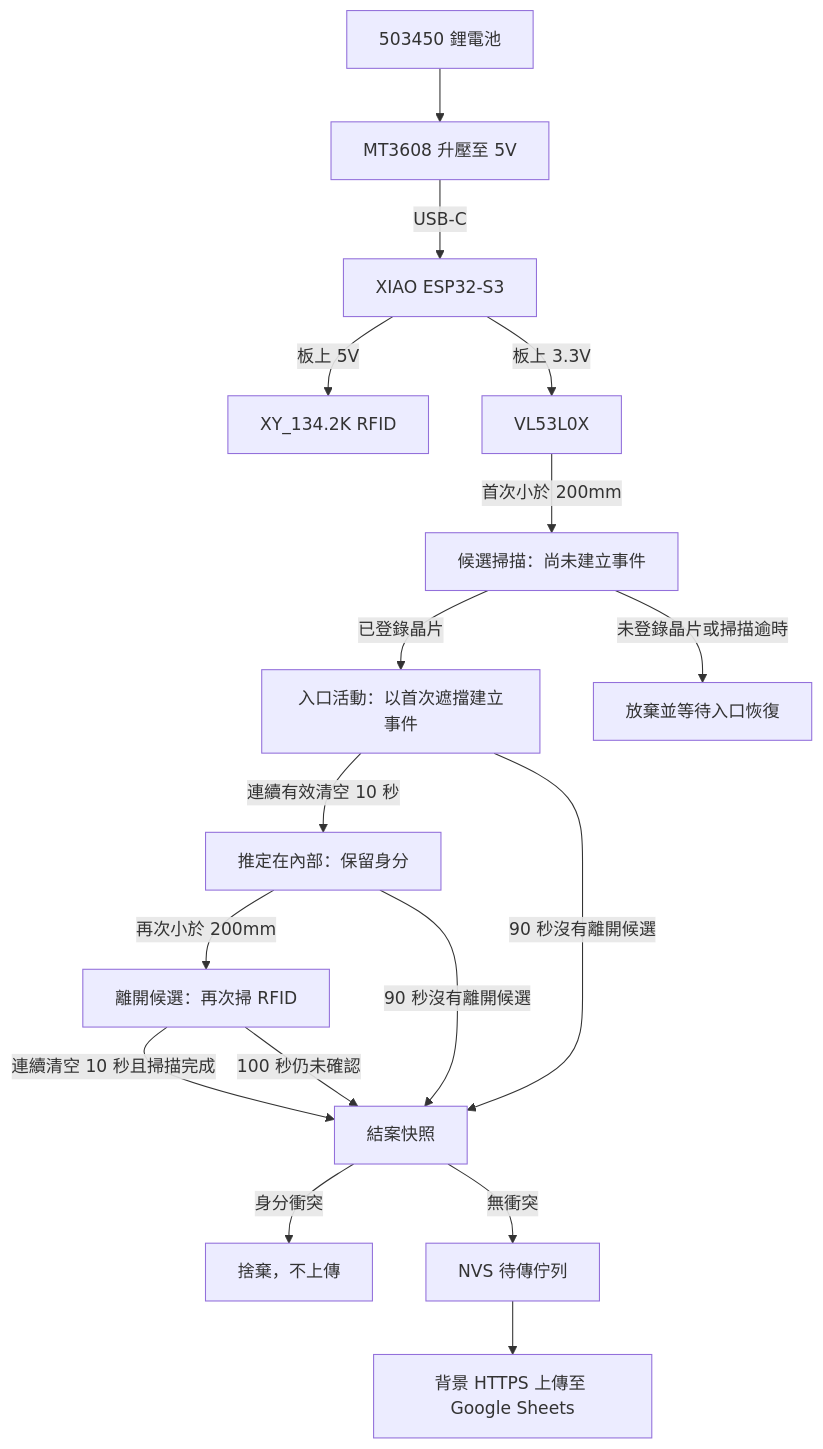
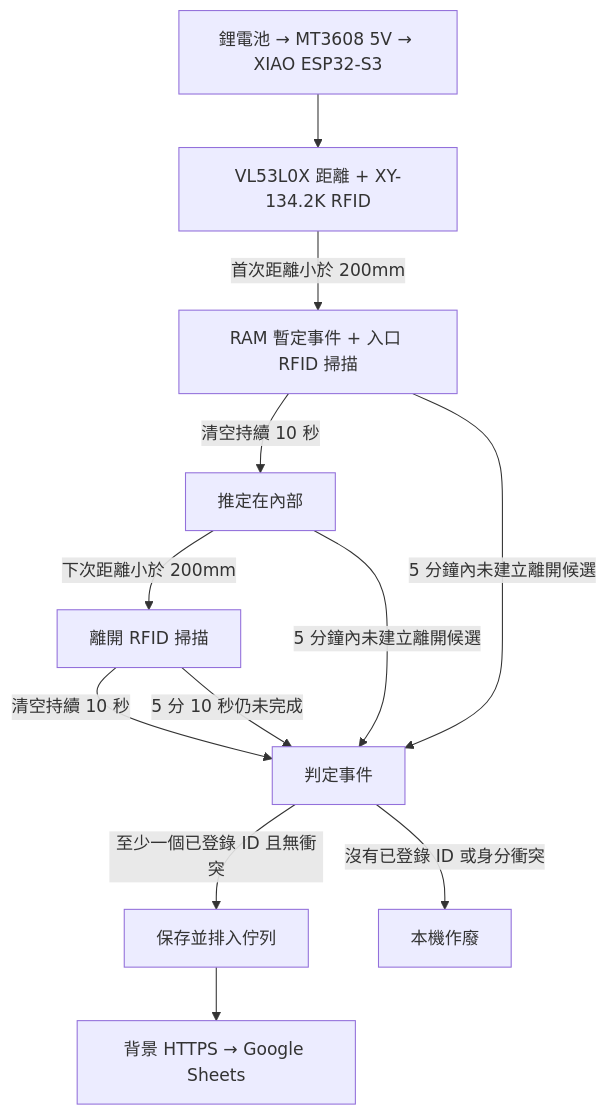
One commit to ziv50109/smart-litter-cabinet changed the diagram in README.zh-TW.md. Above: the diagram before and after it, drawn with Mermaid. The commit also changed other lines of this file and 11 other files, not shown here.

````diff
--- a/README.zh-TW.md
+++ b/README.zh-TW.md
@@ -11,19 +11,14 @@
 ```mermaid
 flowchart TD
-    Battery[503450 鋰電池] --> Boost[MT3608 升壓至 5V]
-    Boost -->|USB-C| ESP32[XIAO ESP32-S3]
-    ESP32 -->|板上 5V| RFID[XY_134.2K RFID]
-    ESP32 -->|板上 3.3V| ToF[VL53L0X]
-    ToF -->|首次小於 200mm| Candidate[候選掃描：尚未建立事件]
-    Candidate -->|已登錄晶片| Entry[入口活動：以首次遮擋建立事件]
-    Candidate -->|未登錄晶片或掃描逾時| DropCandidate[放棄並等待入口恢復]
-    Entry -->|連續有效清空 10 秒| Inside[推定在內部：保留身分]
-    Inside -->|再次小於 200mm| Exit[離開候選：再次掃 RFID]
-    Exit -->|連續清空 10 秒且掃描完成| Close[結案快照]
-    Entry -->|90 秒沒有離開候選| Close
-    Inside -->|90 秒沒有離開候選| Close
-    Exit -->|100 秒仍未確認| Close
-    Close -->|身分衝突| Drop[捨棄，不上傳]
-    Close -->|無衝突| Queue[NVS 待傳佇列]
-    Queue --> Worker[背景 HTTPS 上傳至 Google Sheets]
+    Power[鋰電池 → MT3608 5V → XIAO ESP32-S3] --> Sensors[VL53L0X 距離 + XY-134.2K RFID]
+    Sensors -->|首次距離小於 200mm| Visit[RAM 暫定事件 + 入口 RFID 掃描]
+    Visit -->|清空持續 10 秒| Inside[推定在內部]
+    Inside -->|下次距離小於 200mm| Exit[離開 RFID 掃描]
+    Exit -->|清空持續 10 秒| Resolve[判定事件]
+    Visit -->|5 分鐘內未建立離開候選| Resolve
+    Inside -->|5 分鐘內未建立離開候選| Resolve
+    Exit -->|5 分 10 秒仍未完成| Resolve
+    Resolve -->|至少一個已登錄 ID 且無衝突| Queue[保存並排入佇列]
+    Resolve -->|沒有已登錄 ID 或身分衝突| Discard[本機作廢]
+    Queue --> Sheets[背景 HTTPS → Google Sheets]
 ```
````
